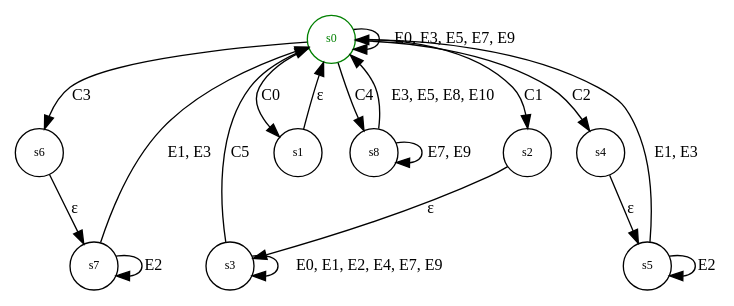
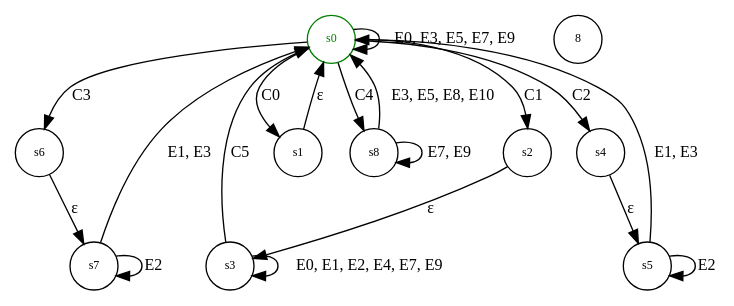
One commit to eidolonsystems/clipped_table changed the diagram in source/state_machine_row_selection.gv. Above: the diagram before and after it, drawn with Graphviz. The commit also changed 1 other file, not shown here.

```diff
--- a/source/state_machine_row_selection.gv
+++ b/source/state_machine_row_selection.gv
@@ -1,169 +1,169 @@
 
 digraph ColumnResizing{
   node [shape = circle, fontsize = 9];
   edge [ fontsize = 12];
 
   s0 [label="s0" color = green, fontcolor = green,];
   s6 [label="s6"];
   s7 [label="s7"];
   s2 [label="s2"];
   s3 [label="s3"];
   s4 [label="s4"];
   s5 [label="s5"];
 
   s0 -> s0 [label = "E0, E3, E5, E7, E9"];
   s0 -> s1 [label = "C0"];
   s1 -> s0 [label = "&#949;"];
   s0 -> s6 [label = "C3"];
   s0 -> s2 [label = "C1"];
   s0 -> s4 [label = "C2"];
   s6 -> s7 [label = "&#949;"];
   s7 -> s7 [label = "E2"];
   s7 -> s0 [label = "E1, E3" ];
-  s2 -> s3 [label = "&#949;"];
+  s2 -> s3 [label = "&#949;"]8
   s3 -> s3 [label = "E0, E1, E2, E4, E7, E9"];
   s3 -> s0 [label = "C5"];
   s4 -> s5 [label = "&#949;"];
   s5 -> s0 [label = "E1, E3"];
   s5 -> s5 [label = "E2"];
   s0 -> s8 [label = "C4"];
   s8 -> s8 [label = "E7, E9"];
   s8 -> s0 [label = "E3, E5, E8, E10"];
 }
 
 /**
 Parameters:
 originalTable (TableModel) - The model which is having its rows selected.
 
 Fields:
 selectedRows (ArrayTableModel) 
   - The model that keeps track of which rows are selected
 highlightedRow (number) - The row currently highlighted
 previousRow (number) - The last row that was current
 currentRow (number) - The row the mouse is currently inside or 
   that the keyboard is focued on
 isShiftDown (boolean) - Keeps trackXX of if SHIFT is down
 isCtrlDown (boolean) - Keeps track of if CTRL is down
 isMouseDown (boolean) - Keeps track of the left mouse button
 isUpDown (boolean) - Keeps track of if the up key is down
 isDownDown (boolean) - Keeps track of if the down key is down
 isAdding (boolean) - Keeps track of if rows should be added
 
 Initialization:
 selectedRows = new ArrayTableModel()
 for(row in OriginalTable) {
   selectedRows.add([false]);
 }
 if(originalTable.rowCount > 0) {
   add row 0 to selectedRows
 }
 hilightedRow = 0
 previousRow = 0
 currentRow = 0
 isShiftDown = false
 isCtrlDown = false
 isMouseDown = false
 isUpDown = false
 isDownDown = false
 isAdding = true
 
 States:
 s0: Starting state.
   if(!isMouseDown && !this.isDownDown && !this.isUpDown) {
     this.currentRow = this.hilightedRow;
   }
 s1:
   this.hilightedRow = 0;
   selectedRows = clear all true values
 s2:
   selectedRows = clear all true values
   previousRow = highlightedRow
   isAdding = true;
 s3: 
   if(currentRow >= previousRow && currentRow >= highlightedRow
       || currentRow <= previousRow && currentRow <= highlightedRow) {
     add rows from previousRow to currentRow
   } else {
     remove rows from previousRow to currentRow
   }
 s4:
   highlightedRow = currentRow
   previousRow = highlightedRow
   if(current in selected[]) {
     isAdding = false;
   } else {
     isAdding = true;
   }
 s5:
   if(isAdding) {
     if(currentRow >= previousRow && currentRow >= highlightedRow
         || currentRow <= previousRow && currentRow <= highlightedRow) {
       add rows from previousRow to currentRow
     } else {
       remove rows from previousRow to currentRow
     }
   } else {
     if(currentRow >= previousRow && currentRow >= highlightedRow
         || currentRow <= previousRow && currentRow <= highlightedRow) {
       add rows from previousRow to currentRow
     } else {
       remove rows from previousRow to currentRow
     }
   }
 s6:
   selectedRows = clear all true values
   isAdding = true
   highlightedRow = currentRow
   previousRow = highlightedRow
   
 s7:
   if(currentRow >= previousRow && currentRow >= highlightedRow
       || currentRow <= previousRow && currentRow <= highlightedRow) {
     add rows from previousRow to currentRow
   } else {
     remove rows from previousRow to currentRow
   }
 s8:
   selectedRows = clear all true values
   highlightedRow = currentRow
   add hilightedRow to selectedRows
 
 Conditions:
 C0: hilightedRow === -1 && (isUpDown || isDownDown)
 C1: isShiftDown && (isMouseDown || isUpDown || isDownDown)
 C2: isCtrlDown && isMouseDown
 C3: !isShiftDown && !isCtrlDown && isMouseDown
 C4: !isShiftDown && !isCtrlDown && (isUpDown || isDownDown)
 C5: !isMouseDown && !isShiftDown
 
 Events:
 E0: Mouse Down
   isMouseDown = true
   currentRow = row
 E1: Mouse Up
   isMouseDown = false
 E2: Mouse Enters a row ()
   if(isMouseDown): 
     currentRow = row
 E3: Shift Down
   isShiftDown = true
 E4: Shift Up
   isShiftDown = false
 E5: Ctrl Down
   isCtrlDown = true
 E6: Ctrl Up
   isCtrlDown = false
 E7: Up Button Down
   isUpDown = true
   if (currentRow != 0 && !isMouseDown):
     currentRow = currentRow - 1
 E8: Up Button Up
   isUpDown = false
 E9: Down Button Down
   isDownDown = true
   if(currentRow < selectedtable && !isMouseDown) {
     currentRow = currentRow + 1
   }
 E10: Down Button Up
    isDownDown = false
 */
```
